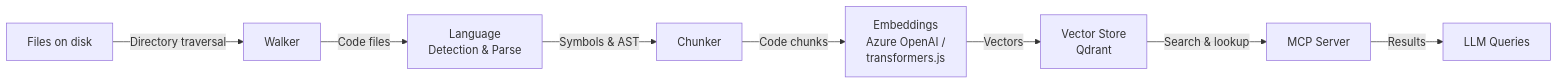
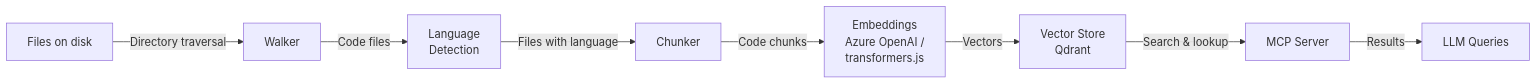
One commit to Ardit175/repolens changed the diagram in ARCHITECTURE.md. Above: the diagram before and after it, drawn with Mermaid. The commit also changed other lines of this file, not shown here.

Commit message:
docs: correct module descriptions in ARCHITECTURE.md

````diff
--- a/ARCHITECTURE.md
+++ b/ARCHITECTURE.md
@@ -18,19 +18,19 @@
 ```mermaid
 graph LR
   Files[Files on disk]
   Walker[Walker]
-  Language[Language<br/>Detection & Parse]
+  Language[Language<br/>Detection]
   Chunker[Chunker]
   Embeddings[Embeddings<br/>Azure OpenAI /<br/>transformers.js]
   Store[Vector Store<br/>Qdrant]
   MCP[MCP Server]
   LLM[LLM Queries]
 
   Files -->|Directory traversal| Walker
   Walker -->|Code files| Language
-  Language -->|Symbols & AST| Chunker
+  Language -->|Files with language| Chunker
   Chunker -->|Code chunks| Embeddings
   Embeddings -->|Vectors| Store
   Store -->|Search & lookup| MCP
   MCP -->|Results| LLM
 ```
````
